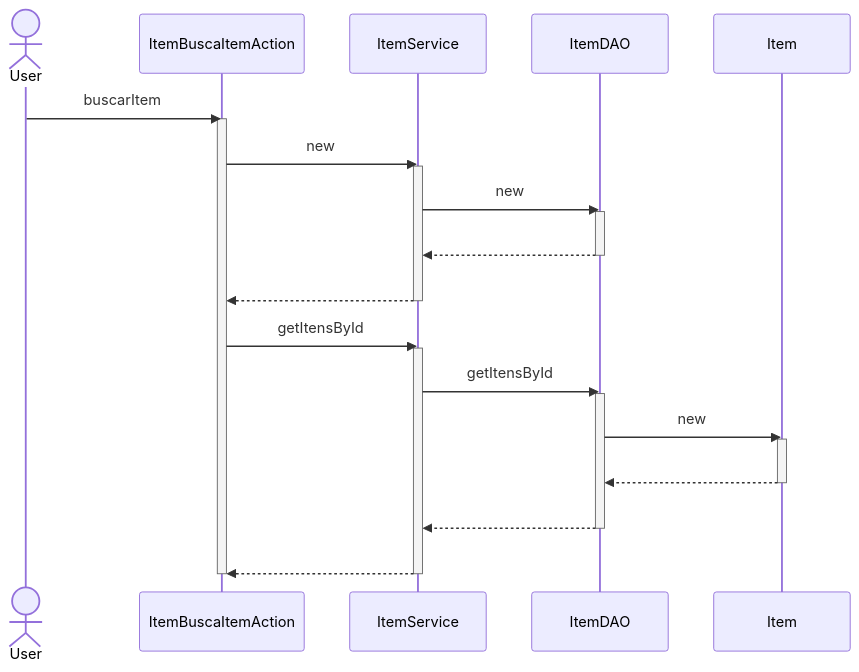
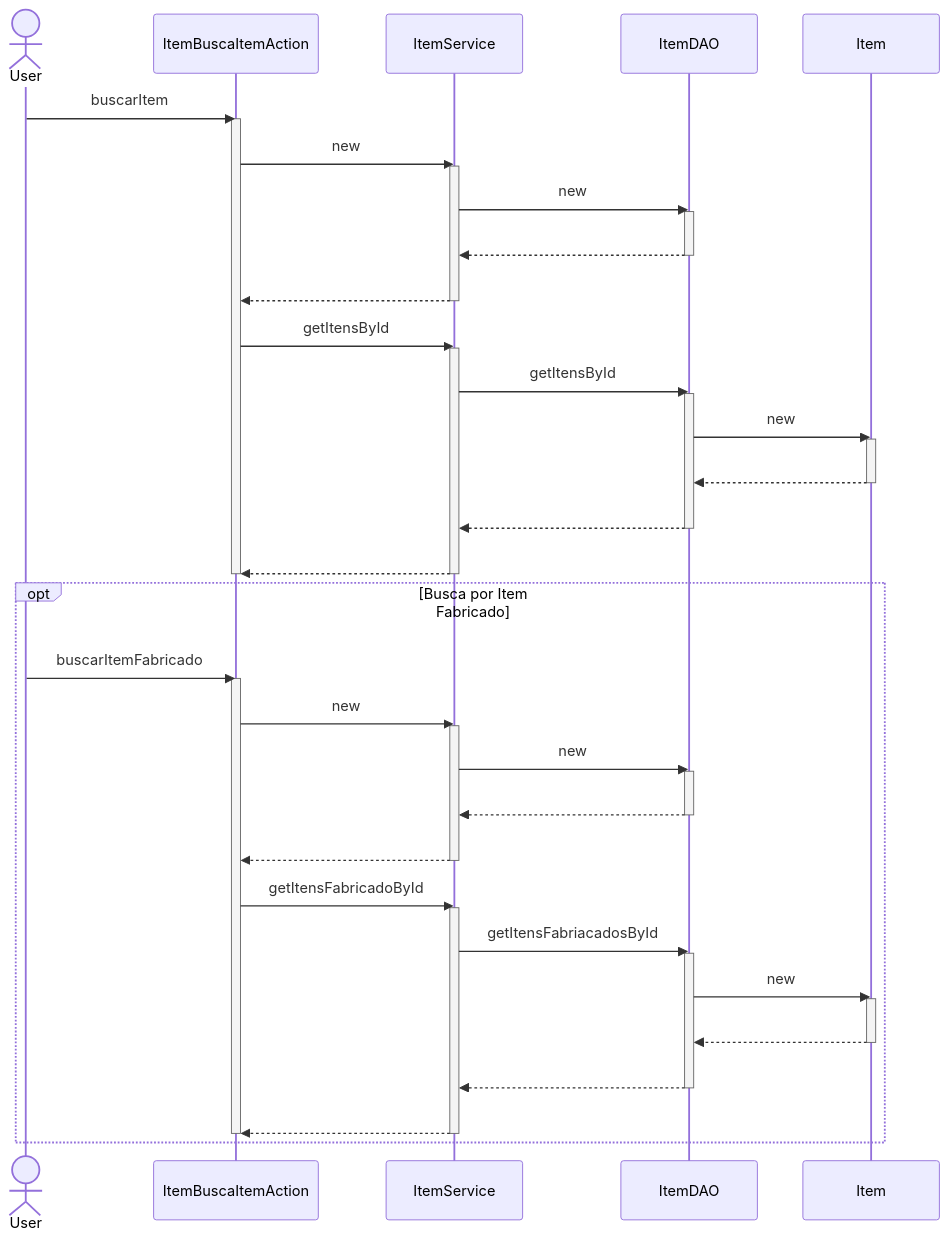
Before and after one commit to branqsMRP/SequenceDiagram: the diagram in DiagramaSequencia/Novo Diagrama Sequencia/Item/Buscar Item.mmd, drawn with Mermaid. The commit also changed 1 other file, not shown here.

```diff
--- a/DiagramaSequencia/Novo Diagrama Sequencia/Item/Buscar Item.mmd
+++ b/DiagramaSequencia/Novo Diagrama Sequencia/Item/Buscar Item.mmd
@@ -1,25 +1,51 @@
 sequenceDiagram
 actor User
 User ->> ItemBuscaItemAction : buscarItem
 activate ItemBuscaItemAction
 ItemBuscaItemAction ->> ItemService : new
 activate ItemService
 ItemService ->> ItemDAO : new
 activate ItemDAO
 ItemDAO -->> ItemService : #32; 
 deactivate ItemDAO
 ItemService -->> ItemBuscaItemAction : #32; 
 deactivate ItemService
 ItemBuscaItemAction ->> ItemService : getItensById
 activate ItemService
 ItemService ->> ItemDAO : getItensById
 activate ItemDAO
 ItemDAO ->> Item : new
 activate Item
 Item -->> ItemDAO : #32; 
 deactivate Item
 ItemDAO -->> ItemService : #32; 
 deactivate ItemDAO
 ItemService -->> ItemBuscaItemAction : #32; 
 deactivate ItemService
 deactivate ItemBuscaItemAction
+
+opt Busca por Item Fabricado
+    User ->> ItemBuscaItemAction : buscarItemFabricado
+    activate ItemBuscaItemAction
+    ItemBuscaItemAction ->> ItemService : new
+    activate ItemService
+    ItemService ->> ItemDAO : new
+    activate ItemDAO
+    ItemDAO -->> ItemService : #32; 
+    deactivate ItemDAO
+    ItemService -->> ItemBuscaItemAction : #32; 
+    deactivate ItemService
+    ItemBuscaItemAction ->> ItemService : getItensFabricadoById
+    activate ItemService
+    ItemService ->> ItemDAO : getItensFabriacadosById
+    activate ItemDAO
+    ItemDAO ->> Item : new
+    activate Item
+    Item -->> ItemDAO : #32; 
+    deactivate Item
+    ItemDAO -->> ItemService : #32; 
+    deactivate ItemDAO
+    ItemService -->> ItemBuscaItemAction : #32; 
+    deactivate ItemService
+    deactivate ItemBuscaItemAction
+end
```
